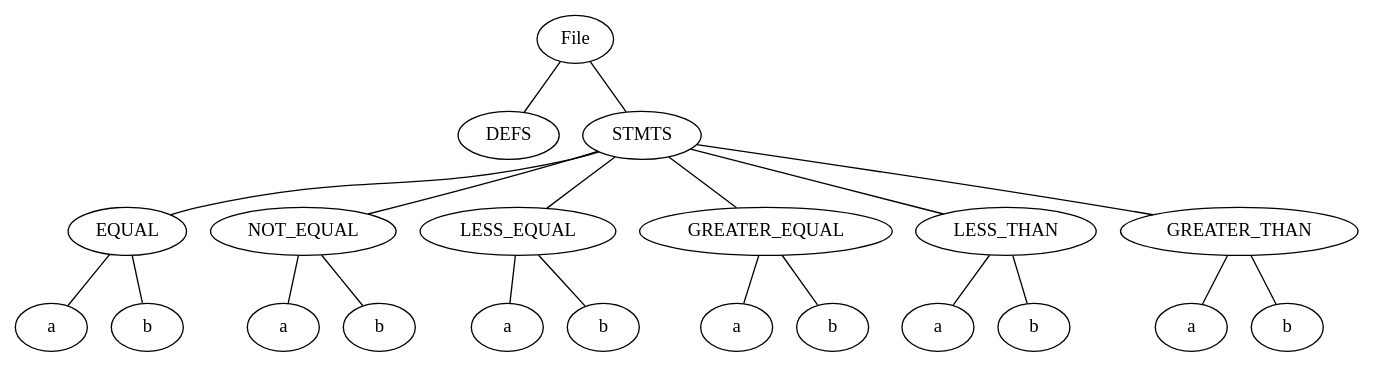
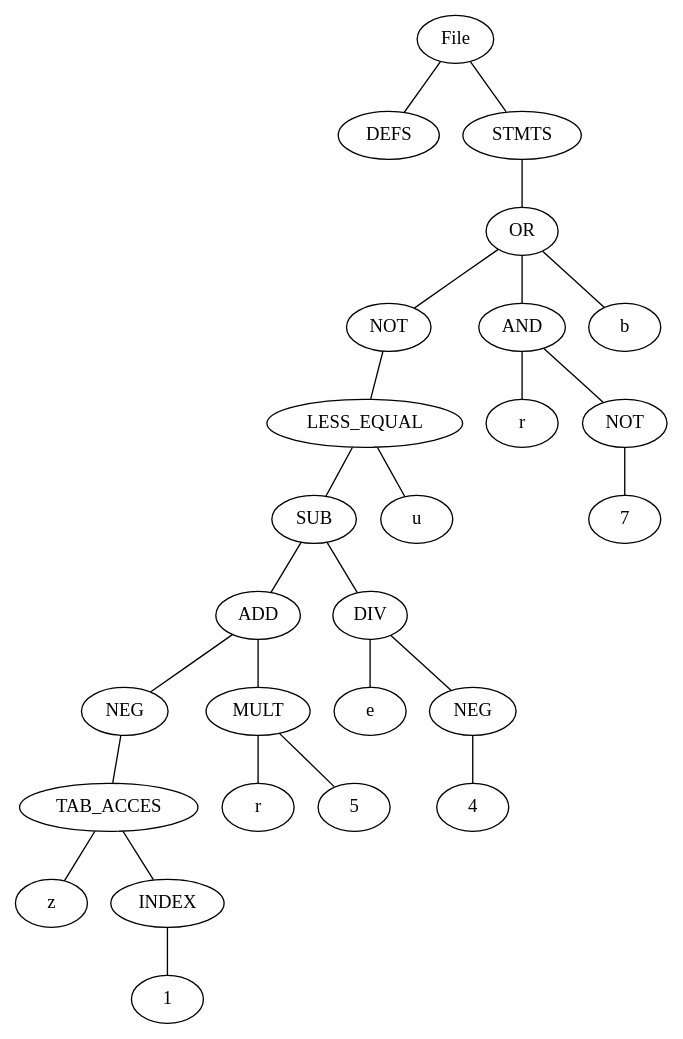
The diagram in app/src/main/resources/output.dot (nathanl0204/pcl1), drawn with Graphviz before and after one commit. The commit also changed 88 other files, not shown here.

```diff
--- a/app/src/main/resources/output.dot
+++ b/app/src/main/resources/output.dot
@@ -1,43 +1,53 @@
 graph AST {
   root [label="File"];
   root -- root_defs;
   root_defs [label="DEFS"];
   root -- root_stmts;
   root_stmts [label="STMTS"];
-  root_stmts -- root_stmts_791452441;
-  root_stmts_791452441 [label="EQUAL"];
-  root_stmts_791452441 -- root_stmts_791452441_left;
-  root_stmts_791452441_left [label="a"];
-  root_stmts_791452441 -- root_stmts_791452441_right;
-  root_stmts_791452441_right [label="b"];
-  root_stmts -- root_stmts_455659002;
-  root_stmts_455659002 [label="NOT_EQUAL"];
-  root_stmts_455659002 -- root_stmts_455659002_left;
-  root_stmts_455659002_left [label="a"];
-  root_stmts_455659002 -- root_stmts_455659002_right;
-  root_stmts_455659002_right [label="b"];
-  root_stmts -- root_stmts_250421012;
-  root_stmts_250421012 [label="LESS_EQUAL"];
-  root_stmts_250421012 -- root_stmts_250421012_left;
-  root_stmts_250421012_left [label="a"];
-  root_stmts_250421012 -- root_stmts_250421012_right;
-  root_stmts_250421012_right [label="b"];
-  root_stmts -- root_stmts_1915318863;
-  root_stmts_1915318863 [label="GREATER_EQUAL"];
-  root_stmts_1915318863 -- root_stmts_1915318863_left;
-  root_stmts_1915318863_left [label="a"];
-  root_stmts_1915318863 -- root_stmts_1915318863_right;
-  root_stmts_1915318863_right [label="b"];
-  root_stmts -- root_stmts_1283928880;
-  root_stmts_1283928880 [label="LESS_THAN"];
-  root_stmts_1283928880 -- root_stmts_1283928880_left;
-  root_stmts_1283928880_left [label="a"];
-  root_stmts_1283928880 -- root_stmts_1283928880_right;
-  root_stmts_1283928880_right [label="b"];
-  root_stmts -- root_stmts_295530567;
-  root_stmts_295530567 [label="GREATER_THAN"];
-  root_stmts_295530567 -- root_stmts_295530567_left;
-  root_stmts_295530567_left [label="a"];
-  root_stmts_295530567 -- root_stmts_295530567_right;
-  root_stmts_295530567_right [label="b"];
+  root_stmts -- root_stmts_142257191;
+  root_stmts_142257191 [label="OR"];
+  root_stmts_142257191 -- root_stmts_142257191_990368553;
+  root_stmts_142257191_990368553 [label="NOT"];
+  root_stmts_142257191_990368553 -- root_stmts_142257191_990368553_1096979270;
+  root_stmts_142257191_990368553_1096979270 [label="LESS_EQUAL"];
+  root_stmts_142257191_990368553_1096979270 -- root_stmts_142257191_990368553_1096979270_left;
+  root_stmts_142257191_990368553_1096979270_left [label="SUB"];
+  root_stmts_142257191_990368553_1096979270_left -- root_stmts_142257191_990368553_1096979270_left_left;
+  root_stmts_142257191_990368553_1096979270_left_left [label="ADD"];
+  root_stmts_142257191_990368553_1096979270_left_left -- root_stmts_142257191_990368553_1096979270_left_left_left;
+  root_stmts_142257191_990368553_1096979270_left_left_left [label="NEG"];
+  root_stmts_142257191_990368553_1096979270_left_left_left -- root_stmts_142257191_990368553_1096979270_left_left_left_1078694789;
+  root_stmts_142257191_990368553_1096979270_left_left_left_1078694789 [label="TAB_ACCES"];
+  root_stmts_142257191_990368553_1096979270_left_left_left_1078694789 -- root_stmts_142257191_990368553_1096979270_left_left_left_1078694789_left;
+  root_stmts_142257191_990368553_1096979270_left_left_left_1078694789_left [label="z"];
+  root_stmts_142257191_990368553_1096979270_left_left_left_1078694789_INDEX [label="INDEX"];
+  root_stmts_142257191_990368553_1096979270_left_left_left_1078694789 -- root_stmts_142257191_990368553_1096979270_left_left_left_1078694789_INDEX;
+  root_stmts_142257191_990368553_1096979270_left_left_left_1078694789_INDEX -- root_stmts_142257191_990368553_1096979270_left_left_left_1078694789_INDEX_child0;
+  root_stmts_142257191_990368553_1096979270_left_left_left_1078694789_INDEX_child0 [label="1"];
+  root_stmts_142257191_990368553_1096979270_left_left -- root_stmts_142257191_990368553_1096979270_left_left_right;
+  root_stmts_142257191_990368553_1096979270_left_left_right [label="MULT"];
+  root_stmts_142257191_990368553_1096979270_left_left_right -- root_stmts_142257191_990368553_1096979270_left_left_right_left;
+  root_stmts_142257191_990368553_1096979270_left_left_right_left [label="r"];
+  root_stmts_142257191_990368553_1096979270_left_left_right -- root_stmts_142257191_990368553_1096979270_left_left_right_right;
+  root_stmts_142257191_990368553_1096979270_left_left_right_right [label="5"];
+  root_stmts_142257191_990368553_1096979270_left -- root_stmts_142257191_990368553_1096979270_left_right;
+  root_stmts_142257191_990368553_1096979270_left_right [label="DIV"];
+  root_stmts_142257191_990368553_1096979270_left_right -- root_stmts_142257191_990368553_1096979270_left_right_left;
+  root_stmts_142257191_990368553_1096979270_left_right_left [label="e"];
+  root_stmts_142257191_990368553_1096979270_left_right -- root_stmts_142257191_990368553_1096979270_left_right_right;
+  root_stmts_142257191_990368553_1096979270_left_right_right [label="NEG"];
+  root_stmts_142257191_990368553_1096979270_left_right_right -- root_stmts_142257191_990368553_1096979270_left_right_right_1831932724;
+  root_stmts_142257191_990368553_1096979270_left_right_right_1831932724 [label="4"];
+  root_stmts_142257191_990368553_1096979270 -- root_stmts_142257191_990368553_1096979270_right;
+  root_stmts_142257191_990368553_1096979270_right [label="u"];
+  root_stmts_142257191 -- root_stmts_142257191_1747585824;
+  root_stmts_142257191_1747585824 [label="AND"];
+  root_stmts_142257191_1747585824 -- root_stmts_142257191_1747585824_1023892928;
+  root_stmts_142257191_1747585824_1023892928 [label="r"];
+  root_stmts_142257191_1747585824 -- root_stmts_142257191_1747585824_558638686;
+  root_stmts_142257191_1747585824_558638686 [label="NOT"];
+  root_stmts_142257191_1747585824_558638686 -- root_stmts_142257191_1747585824_558638686_1149319664;
+  root_stmts_142257191_1747585824_558638686_1149319664 [label="7"];
+  root_stmts_142257191 -- root_stmts_142257191_2093631819;
+  root_stmts_142257191_2093631819 [label="b"];
 }
```
